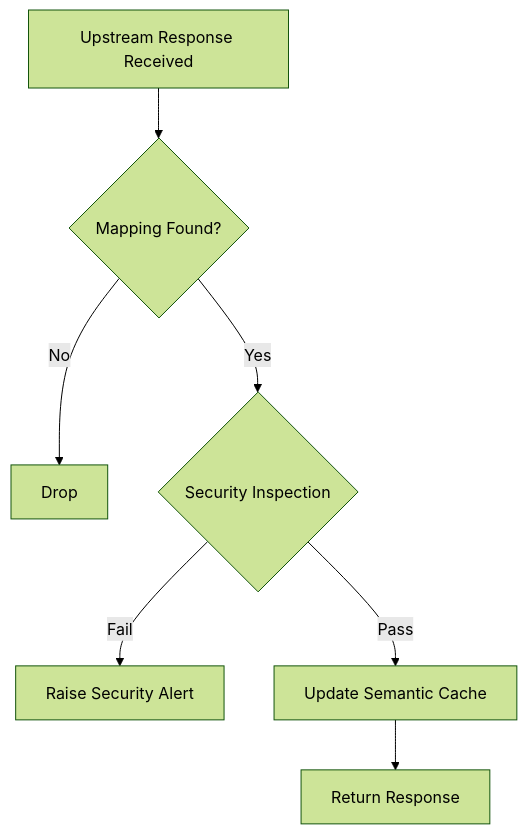
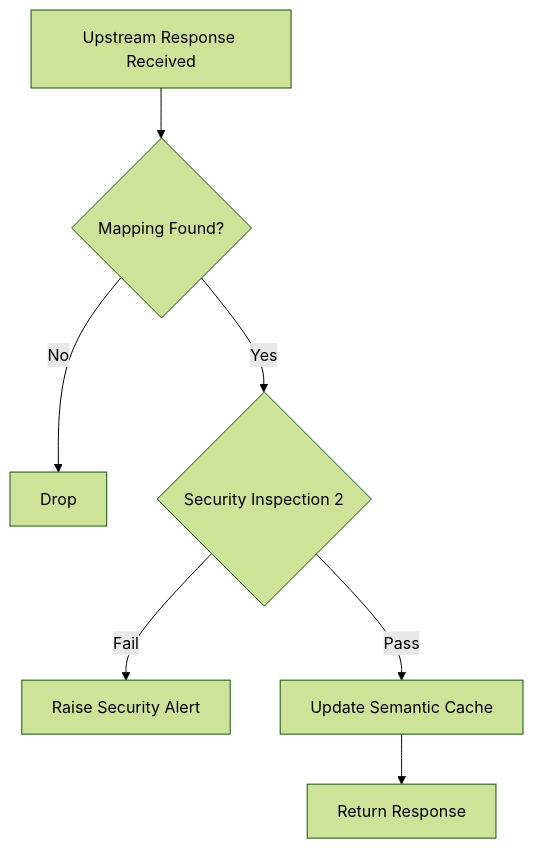
The second of 3 diagrams in ase_llm_load_balancer.md (puyanguvic/semenatic_routing_and_load_balance), drawn with Mermaid (forest theme) before and after one commit. The commit also changed other lines of this file, not shown here.

````diff
--- a/ase_llm_load_balancer.md
+++ b/ase_llm_load_balancer.md
@@ -62,12 +67,12 @@
 ```mermaid
 flowchart TD
     A[Upstream Response Received] --> B{Mapping Found?}
 
     B -- No --> DROP[Drop]
 
-    B -- Yes --> C{Security Inspection}
+    B -- Yes --> C{Security Inspection 2}
     C -- Fail --> ALERT[Raise Security Alert]
 
     C -- Pass --> D[Update Semantic Cache]
     D --> F[Return Response]
 ```
````
